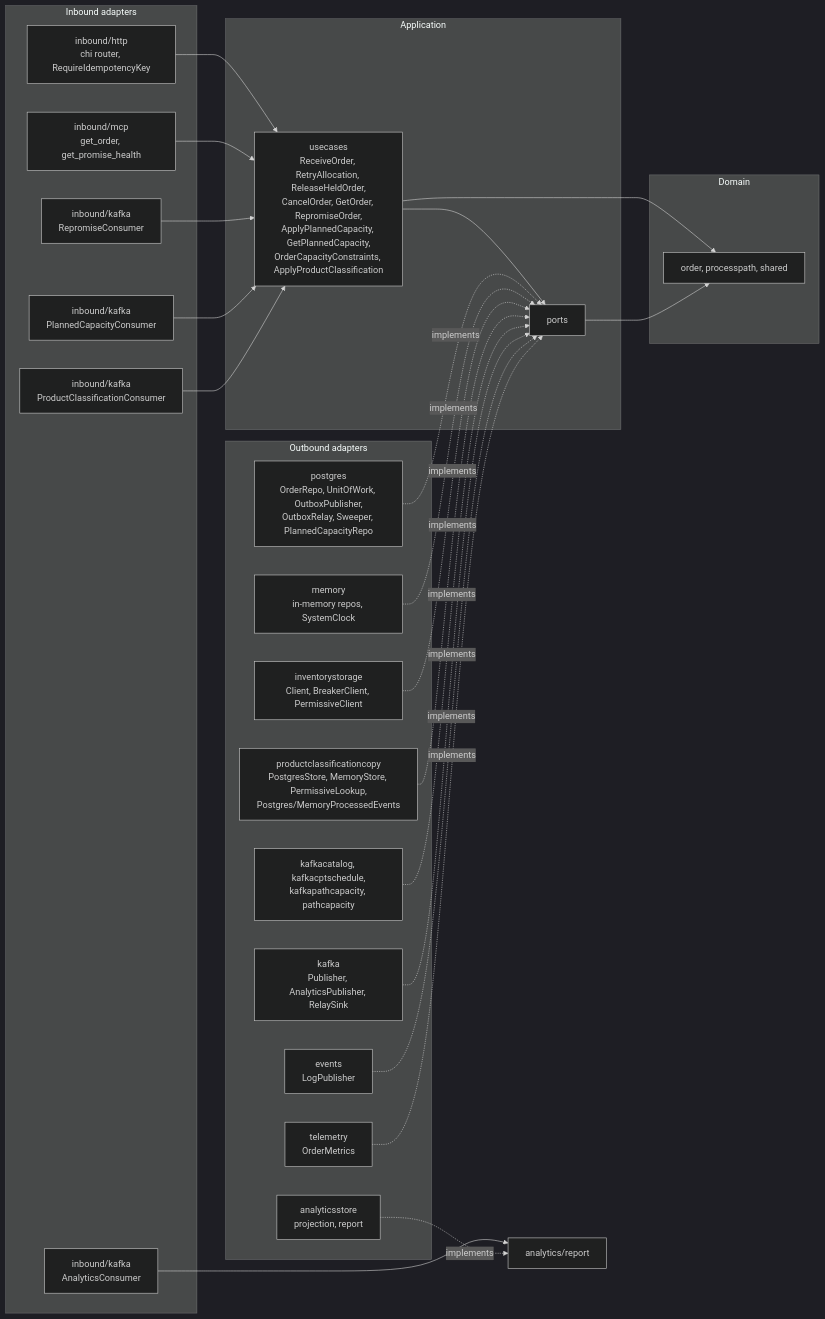
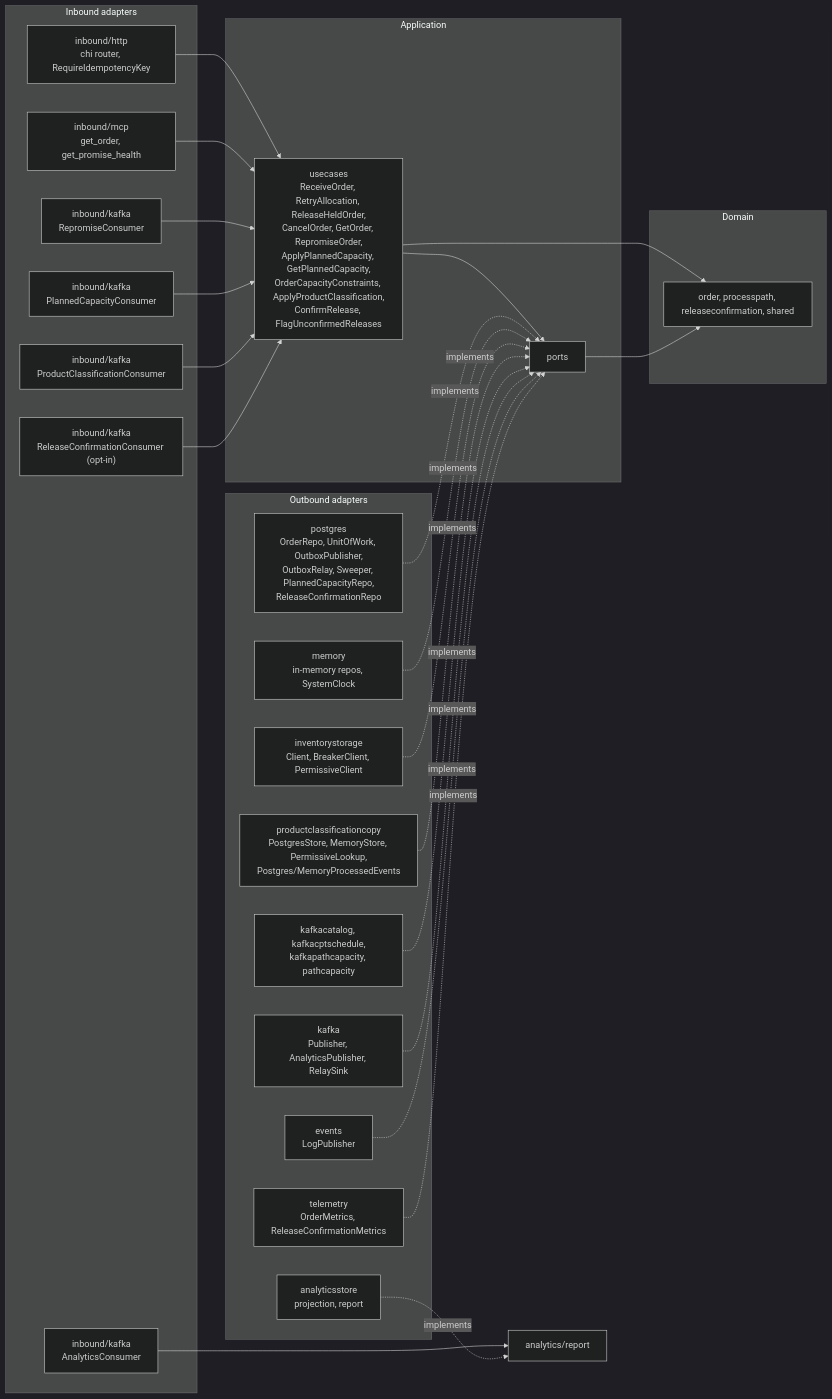
The sixth of 6 diagrams in docs/contexts/order-management/class-diagram.md (IQVO/warehouse-docs), drawn with Mermaid (dark theme) before and after one commit. The commit also changed other lines of this file and 53 other files, not shown here.

````diff
--- a/docs/contexts/order-management/class-diagram.md
+++ b/docs/contexts/order-management/class-diagram.md
@@ -487,49 +562,51 @@
 ```mermaid
 flowchart LR
   subgraph IN["Inbound adapters"]
     HTTP["inbound/http<br/>chi router, RequireIdempotencyKey"]
     MCP["inbound/mcp<br/>get_order, get_promise_health"]
     KREP["inbound/kafka<br/>RepromiseConsumer"]
     KPC["inbound/kafka<br/>PlannedCapacityConsumer"]
     KCLS["inbound/kafka<br/>ProductClassificationConsumer"]
+    KRC["inbound/kafka<br/>ReleaseConfirmationConsumer (opt-in)"]
     KAN["inbound/kafka<br/>AnalyticsConsumer"]
   end
   subgraph APP["Application"]
-    UC["usecases<br/>ReceiveOrder, RetryAllocation, ReleaseHeldOrder,<br/>CancelOrder, GetOrder, RepromiseOrder,<br/>ApplyPlannedCapacity, GetPlannedCapacity,<br/>OrderCapacityConstraints, ApplyProductClassification"]
+    UC["usecases<br/>ReceiveOrder, RetryAllocation, ReleaseHeldOrder,<br/>CancelOrder, GetOrder, RepromiseOrder,<br/>ApplyPlannedCapacity, GetPlannedCapacity,<br/>OrderCapacityConstraints, ApplyProductClassification,<br/>ConfirmRelease, FlagUnconfirmedReleases"]
     PORTS["ports"]
   end
   subgraph DOM["Domain"]
-    D["order, processpath, shared"]
+    D["order, processpath, releaseconfirmation, shared"]
   end
   subgraph OUT["Outbound adapters"]
-    PG["postgres<br/>OrderRepo, UnitOfWork, OutboxPublisher,<br/>OutboxRelay, Sweeper, PlannedCapacityRepo"]
+    PG["postgres<br/>OrderRepo, UnitOfWork, OutboxPublisher,<br/>OutboxRelay, Sweeper, PlannedCapacityRepo,<br/>ReleaseConfirmationRepo"]
     MEM["memory<br/>in-memory repos, SystemClock"]
     INV["inventorystorage<br/>Client, BreakerClient, PermissiveClient"]
     CLS["productclassificationcopy<br/>PostgresStore, MemoryStore, PermissiveLookup,<br/>Postgres/MemoryProcessedEvents"]
     CACHE["kafkacatalog, kafkacptschedule,<br/>kafkapathcapacity, pathcapacity"]
     KPUB["kafka<br/>Publisher, AnalyticsPublisher, RelaySink"]
     LOG["events<br/>LogPublisher"]
-    TEL["telemetry<br/>OrderMetrics"]
+    TEL["telemetry<br/>OrderMetrics, ReleaseConfirmationMetrics"]
     ANS["analyticsstore<br/>projection, report"]
   end
   REP["analytics/report"]
 
   HTTP --> UC
   MCP --> UC
   KREP --> UC
   KPC --> UC
   KCLS --> UC
+  KRC --> UC
   KAN --> REP
   UC --> PORTS
   UC --> D
   PORTS --> D
   PG -. implements .-> PORTS
   MEM -. implements .-> PORTS
   INV -. implements .-> PORTS
   CLS -. implements .-> PORTS
   CACHE -. implements .-> PORTS
   KPUB -. implements .-> PORTS
   LOG -. implements .-> PORTS
   TEL -. implements .-> PORTS
   ANS -. implements .-> REP
 ```
````
